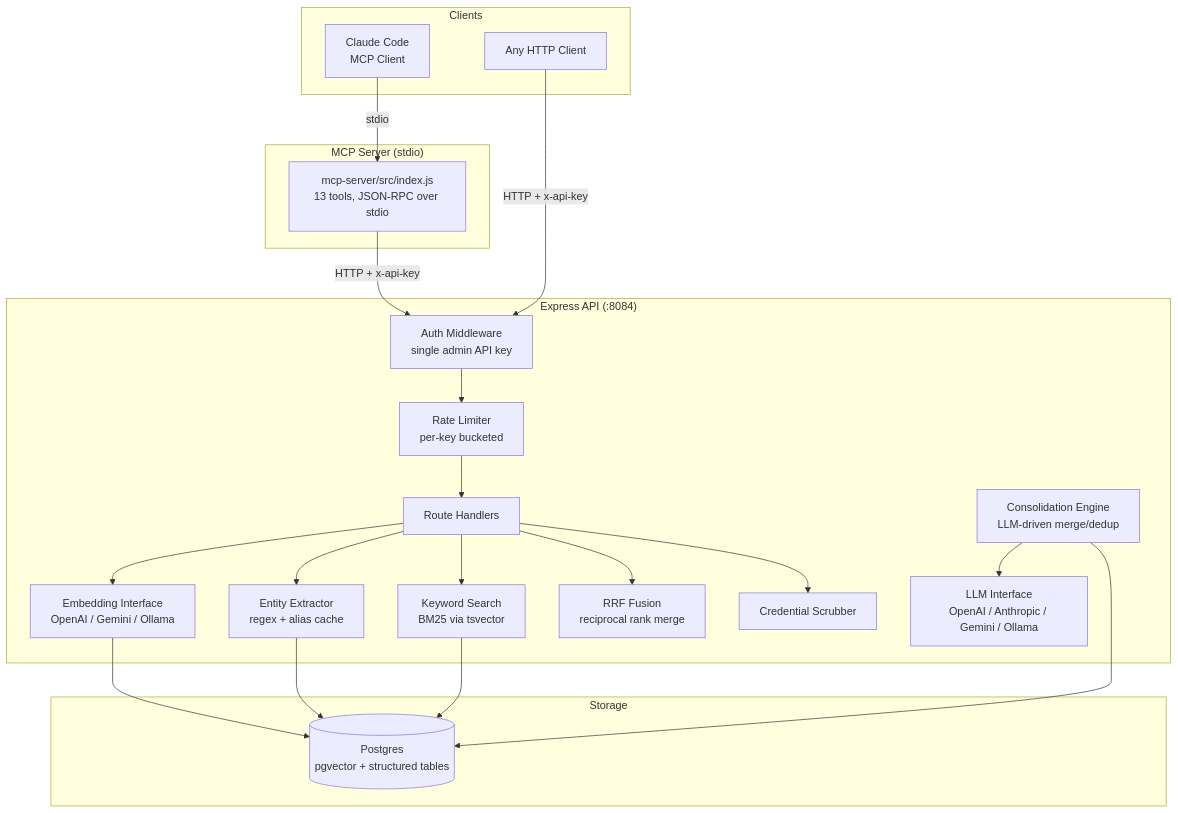
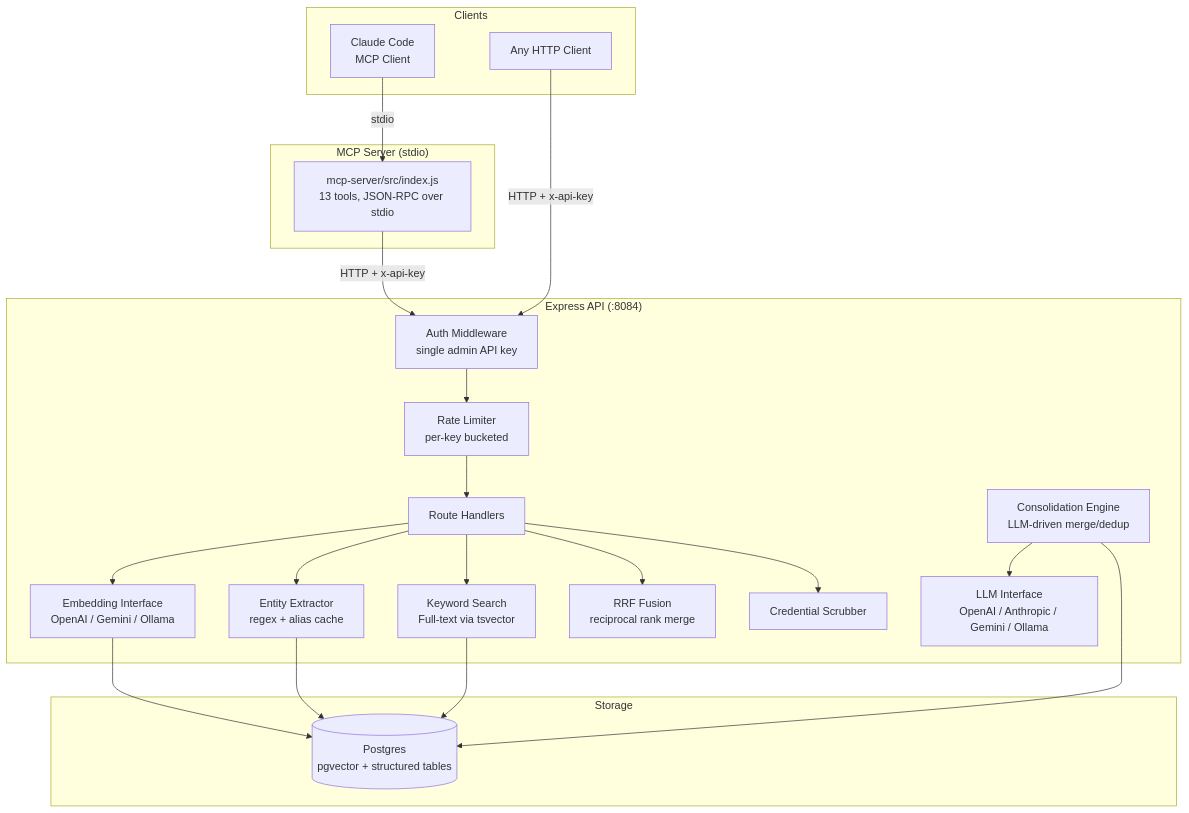
The first of 4 diagrams in docs/architecture.md (ZenSystemAI/Zengram), drawn with Mermaid before and after one commit. The commit also changed other lines of this file and 14 other files, not shown here.

````diff
--- a/docs/architecture.md
+++ b/docs/architecture.md
@@ -7,41 +7,41 @@
 ```mermaid
 graph TB
     subgraph Clients
         CC[Claude Code<br>MCP Client]
         HTTP[Any HTTP Client]
     end
 
     subgraph MCP["MCP Server (stdio)"]
         MCP_S[mcp-server/src/index.js<br>13 tools, JSON-RPC over stdio]
     end
 
     subgraph API["Express API (:8084)"]
         AUTH[Auth Middleware<br>single admin API key]
         RL[Rate Limiter<br>per-key bucketed]
         ROUTES[Route Handlers]
         EMBED[Embedding Interface<br>OpenAI / Gemini / Ollama]
         LLM_I[LLM Interface<br>OpenAI / Anthropic / Gemini / Ollama]
         ENT[Entity Extractor<br>regex + alias cache]
-        KW[Keyword Search<br>BM25 via tsvector]
+        KW[Keyword Search<br>Full-text via tsvector]
         RRF[RRF Fusion<br>reciprocal rank merge]
         CONS[Consolidation Engine<br>LLM-driven merge/dedup]
         SCRUB[Credential Scrubber]
     end
 
     subgraph Storage
         PG[(Postgres<br>pgvector + structured tables)]
     end
 
     CC -->|stdio| MCP_S
     MCP_S -->|HTTP + x-api-key| AUTH
     HTTP -->|HTTP + x-api-key| AUTH
 
     AUTH --> RL --> ROUTES
     ROUTES --> EMBED --> PG
     ROUTES --> ENT --> PG
     ROUTES --> KW --> PG
     ROUTES --> RRF
     CONS --> LLM_I
     CONS --> PG
     ROUTES --> SCRUB
 ```
````
